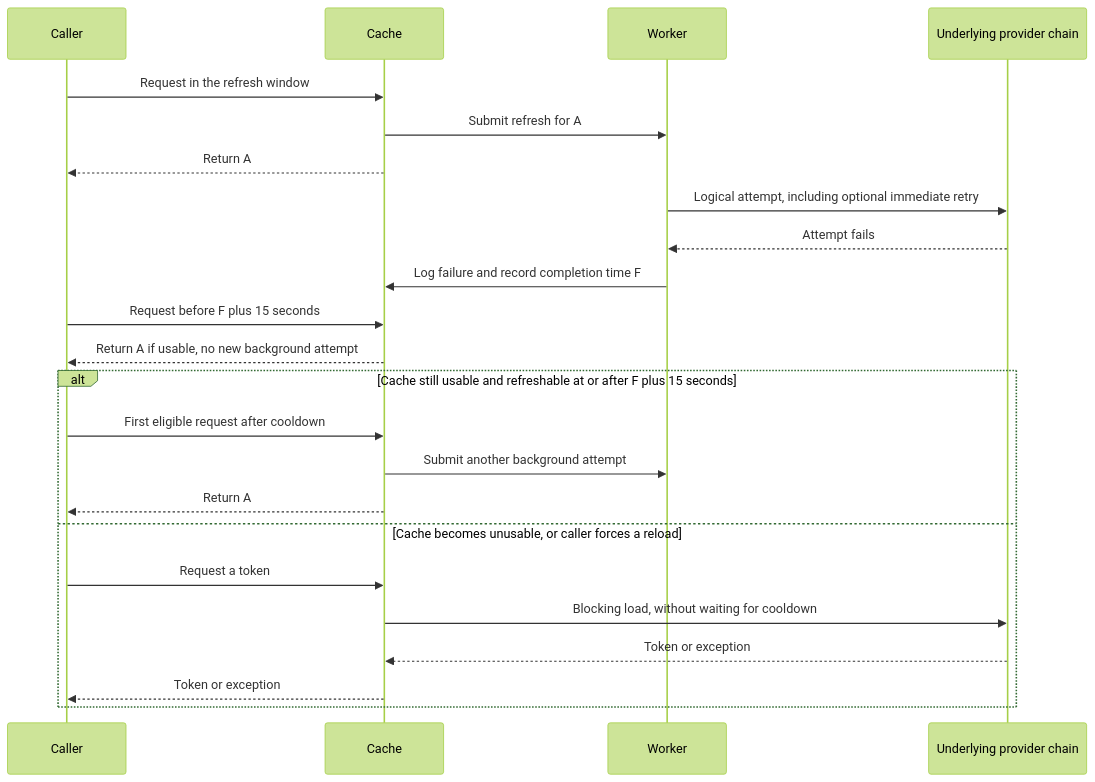
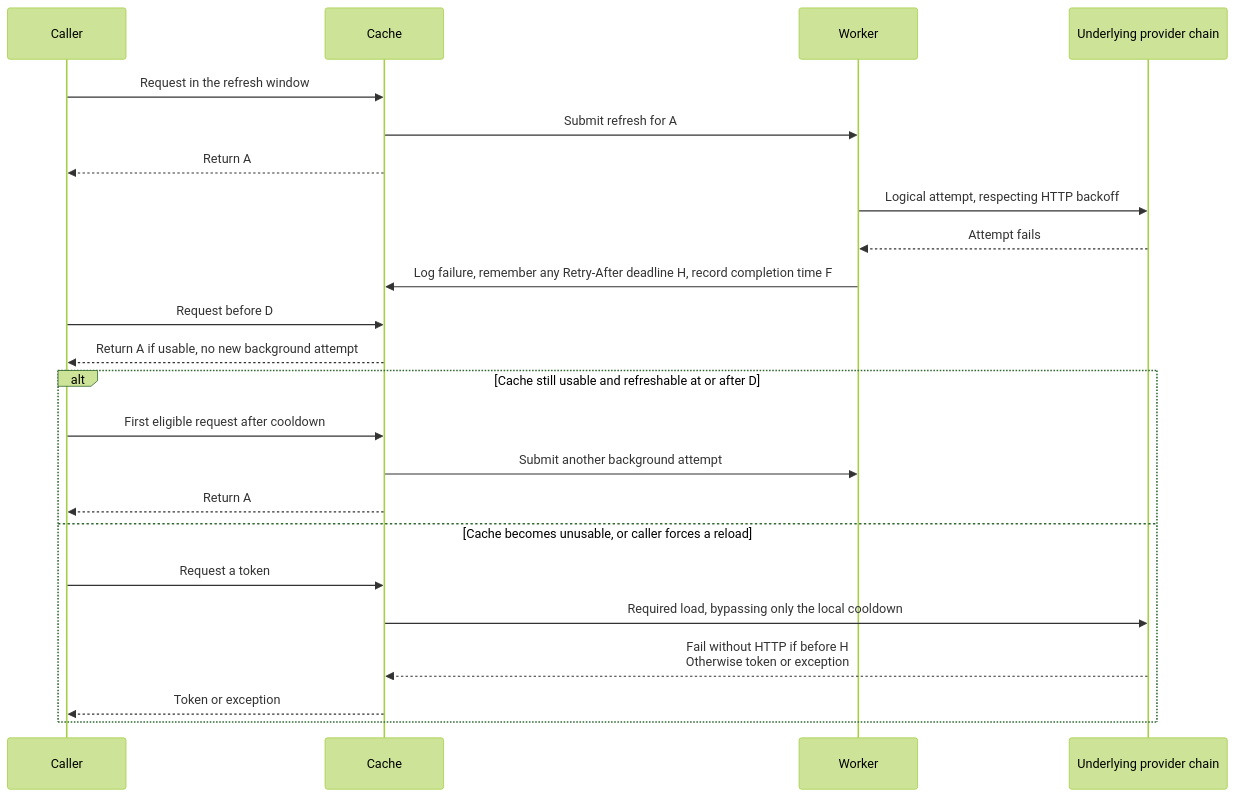
Before and after one commit to entur/jwt-resource-server: the fifth of 8 diagrams in jwt-client/docs/preemptive-refresh/README.md, drawn with Mermaid (forest theme). The commit also changed other lines of this file and 41 other files, not shown here.

First line of the commit message:
feat!: honor Retry-After and back off failed token requests (#458)

````diff
--- a/jwt-client/docs/preemptive-refresh/README.md
+++ b/jwt-client/docs/preemptive-refresh/README.md
@@ -139,25 +141,25 @@
 ```mermaid
 sequenceDiagram
     participant Caller
     participant Cache
     participant Worker
     participant Provider as Underlying provider chain
     Caller->>Cache: Request in the refresh window
     Cache->>Worker: Submit refresh for A
     Cache-->>Caller: Return A
-    Worker->>Provider: Logical attempt, including optional immediate retry
+    Worker->>Provider: Logical attempt, respecting HTTP backoff
     Provider-->>Worker: Attempt fails
-    Worker->>Cache: Log failure and record completion time F
-    Caller->>Cache: Request before F plus 15 seconds
+    Worker->>Cache: Log failure, remember any Retry-After deadline H, record completion time F
+    Caller->>Cache: Request before D
     Cache-->>Caller: Return A if usable, no new background attempt
-    alt Cache still usable and refreshable at or after F plus 15 seconds
+    alt Cache still usable and refreshable at or after D
         Caller->>Cache: First eligible request after cooldown
         Cache->>Worker: Submit another background attempt
         Cache-->>Caller: Return A
     else Cache becomes unusable, or caller forces a reload
         Caller->>Cache: Request a token
-        Cache->>Provider: Blocking load, without waiting for cooldown
-        Provider-->>Cache: Token or exception
+        Cache->>Provider: Required load, bypassing only the local cooldown
+        Provider-->>Cache: Fail without HTTP if before H<br/>Otherwise token or exception
         Cache-->>Caller: Token or exception
     end
 ```
````
